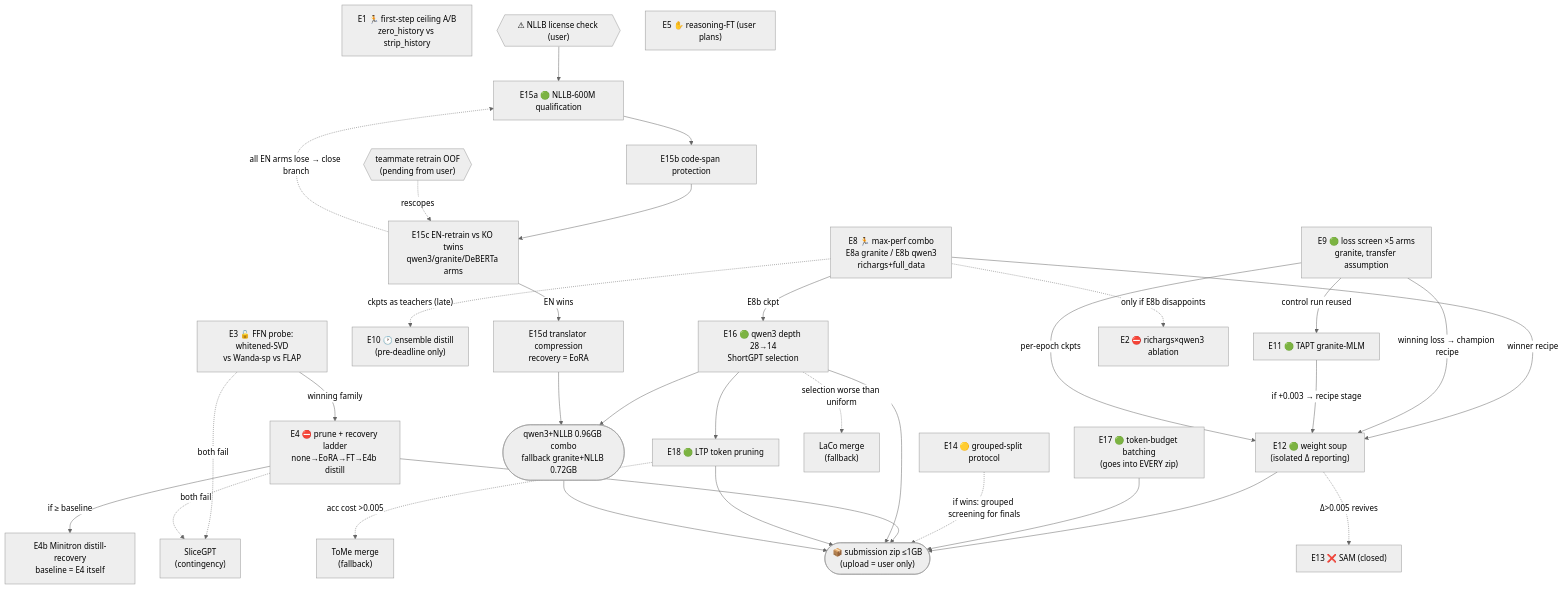
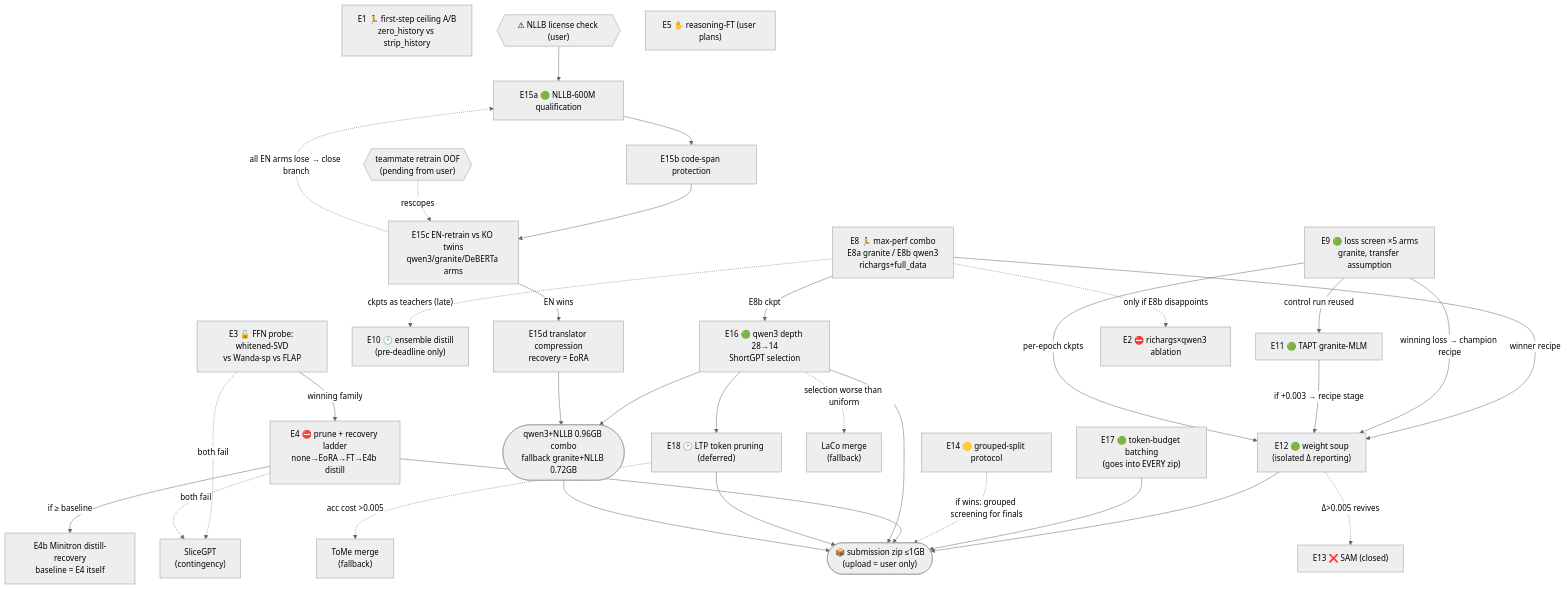
Before and after one commit to dangdang99d/digital-competition: the diagram in experiments/EXPERIMENTS.md, drawn with Mermaid (neutral theme). The commit also changed other lines of this file and 68 other files, not shown here.

````diff
--- a/experiments/EXPERIMENTS.md
+++ b/experiments/EXPERIMENTS.md
@@ -58,68 +71,68 @@
 ```mermaid
 flowchart TD
     %% ============ RUNNING ============
     E8["E8 🏃 max-perf combo<br/>E8a granite / E8b qwen3<br/>richargs+full_data"]
     E1["E1 🏃 first-step ceiling A/B<br/>zero_history vs strip_history"]
 
     %% ============ COMBINE / DEPLOY ============
     E12["E12 🟢 weight soup<br/>(isolated Δ reporting)"]
     E17["E17 🟢 token-budget batching<br/>(goes into EVERY zip)"]
     ZIP(["📦 submission zip ≤1GB<br/>(upload = user only)"])
 
     %% ============ TRAINING SCREENS ============
     E9["E9 🟢 loss screen ×5 arms<br/>granite, transfer assumption"]
     E11["E11 🟢 TAPT granite-MLM"]
     E14["E14 🟡 grouped-split protocol"]
     E13["E13 ❌ SAM (closed)"]
     E10["E10 🕐 ensemble distill<br/>(pre-deadline only)"]
 
     %% ============ PRUNING ============
     E3["E3 🔓 FFN probe: whitened-SVD<br/>vs Wanda-sp vs FLAP"]
     E4["E4 ⛔ prune + recovery ladder<br/>none→EoRA→FT→E4b distill"]
     E4b["E4b Minitron distill-recovery<br/>baseline = E4 itself"]
     SLICE["SliceGPT<br/>(contingency)"]
     E16["E16 🟢 qwen3 depth 28→14<br/>ShortGPT selection"]
     LACO["LaCo merge<br/>(fallback)"]
-    E18["E18 🟢 LTP token pruning"]
+    E18["E18 🕐 LTP token pruning (deferred)"]
     TOME["ToMe merge<br/>(fallback)"]
 
     %% ============ TRANSLATION ============
     LIC{{"⚠ NLLB license check (user)"}}
     E15a["E15a 🟢 NLLB-600M qualification"]
     E15b["E15b code-span protection"]
     E15c["E15c EN-retrain vs KO twins<br/>qwen3/granite/DeBERTa arms"]
     E15d["E15d translator compression<br/>recovery = EoRA"]
     COMBO(["qwen3+NLLB 0.96GB combo<br/>fallback granite+NLLB 0.72GB"])
     TM{{"teammate retrain OOF<br/>(pending from user)"}}
 
     %% ============ closed/held (context) ============
     E2["E2 ⛔ richargs×qwen3 ablation"]
     E5["E5 ✋ reasoning-FT (user plans)"]
 
     %% ---- gates / feeds ----
     E8 -->|"winner recipe"| E12 --> ZIP
     E17 --> ZIP
     E8 -.->|"only if E8b disappoints"| E2
     E8 -->|"E8b ckpt"| E16
     E8 -.->|"ckpts as teachers (late)"| E10
     E9 -->|"winning loss → champion recipe"| E12
     E11 -->|"if +0.003 → recipe stage"| E12
     E9 -->|"control run reused"| E11
     E9 -->|"per-epoch ckpts"| E12
     E12 -.->|"Δ>0.005 revives"| E13
     E14 -.->|"if wins: grouped screening for finals"| ZIP
 
     E3 -->|"winning family"| E4 -->|"if ≥ baseline"| E4b
     E3 & E4 -.->|"both fail"| SLICE
     E16 -.->|"selection worse than uniform"| LACO
     E16 --> E18
     E18 -.->|"acc cost >0.005"| TOME
     E16 --> COMBO
     E4 --> ZIP
     E16 --> ZIP
     E18 --> ZIP
 
     LIC --> E15a --> E15b --> E15c -->|"EN wins"| E15d --> COMBO --> ZIP
     TM -.->|"rescopes"| E15c
     E15c -.->|"all EN arms lose → close branch"| E15a
 ```
````
